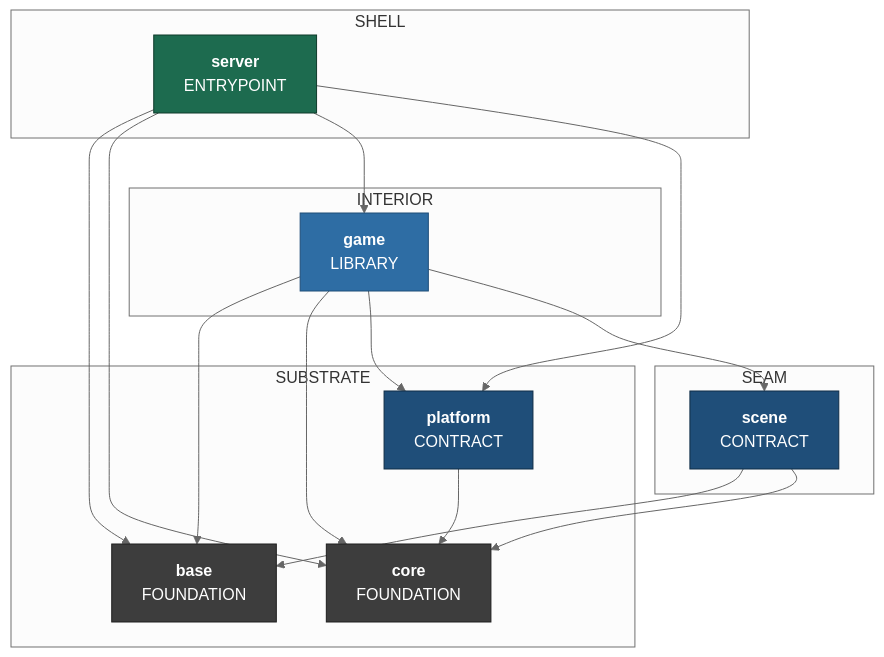
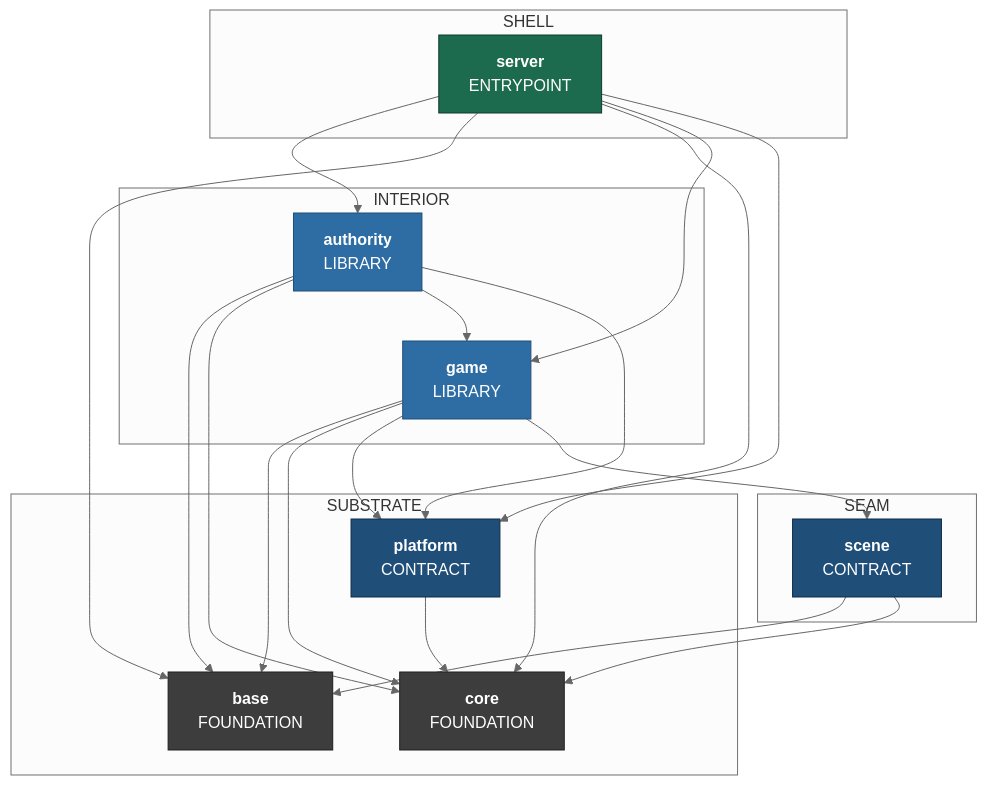
The sixth of 7 diagrams in docs/superpowers/specs/2026-08-01-sovereign-headless-client-design.md (apnex/OpenStarbound), drawn with Mermaid (neutral theme) before and after one commit. The commit also changed other lines of this file and 2 other files, not shown here.

````diff
--- a/docs/superpowers/specs/2026-08-01-sovereign-headless-client-design.md
+++ b/docs/superpowers/specs/2026-08-01-sovereign-headless-client-design.md
@@ -1046,38 +1111,44 @@
 ```mermaid
 %% composition: server
 flowchart TD
   subgraph Z_SUBSTRATE ["SUBSTRATE"]
     base["<b>base</b><br/>FOUNDATION"]
     core["<b>core</b><br/>FOUNDATION"]
     platform["<b>platform</b><br/>CONTRACT"]
   end
   subgraph Z_SEAM ["SEAM"]
     scene["<b>scene</b><br/>CONTRACT"]
   end
   subgraph Z_INTERIOR ["INTERIOR"]
+    authority["<b>authority</b><br/>LIBRARY"]
     game["<b>game</b><br/>LIBRARY"]
   end
   subgraph Z_SHELL ["SHELL"]
     server["<b>server</b><br/>ENTRYPOINT"]
   end
+  authority --> base
+  authority --> core
+  authority --> game
+  authority --> platform
   game --> base
   game --> core
   game --> platform
   game --> scene
   platform --> core
   scene --> base
   scene --> core
+  server --> authority
   server --> base
   server --> core
   server --> game
   server --> platform
   classDef kFoundation fill:#3d3d3d,stroke:#1f1f1f,color:#fff
   classDef kContract fill:#1f4e79,stroke:#0f2d46,color:#fff
   classDef kBackend fill:#7a3e9d,stroke:#4d2763,color:#fff
   classDef kLibrary fill:#2e6da4,stroke:#1f4e79,color:#fff
   classDef kEntrypoint fill:#1d6b4f,stroke:#0e3a2a,color:#fff
   class base,core kFoundation
   class platform,scene kContract
-  class game kLibrary
+  class authority,game kLibrary
   class server kEntrypoint
 ```
````
